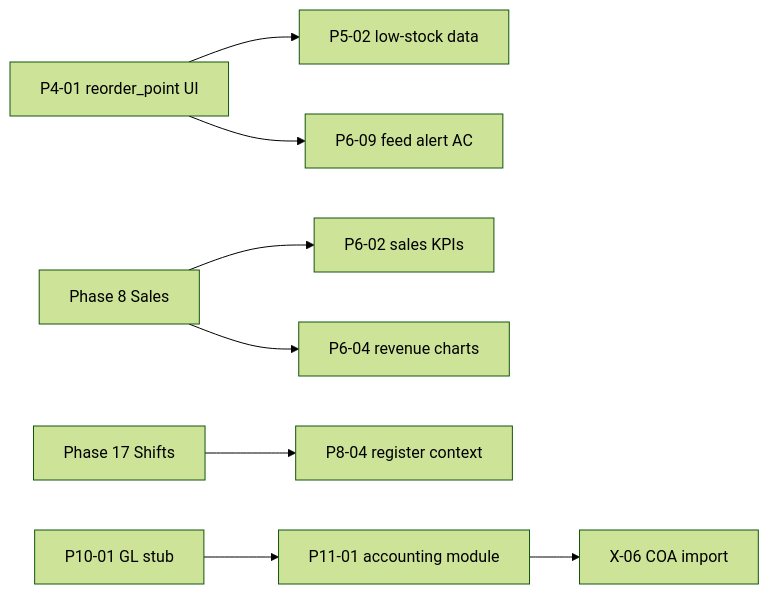
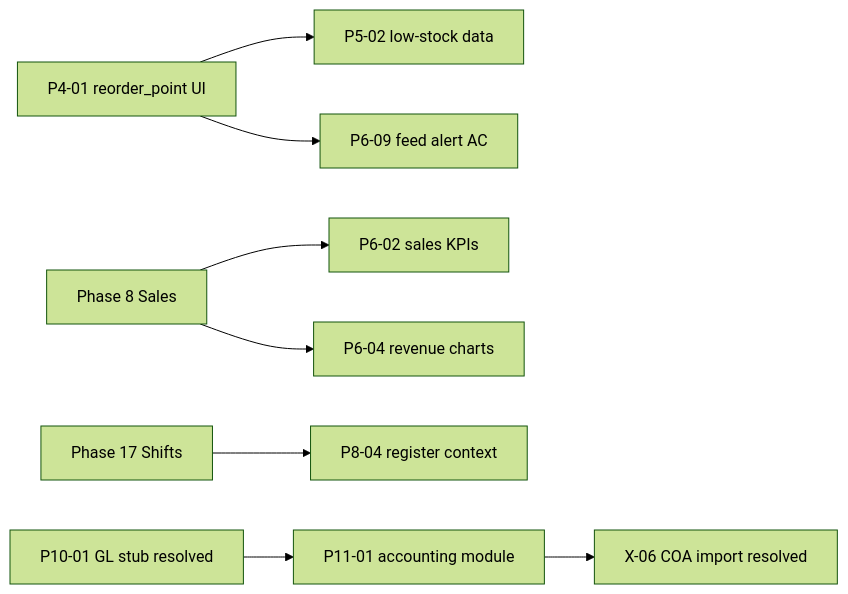
Before and after one commit to Mohammad-Arslan/retailpulse: the diagram in docs/gaps/gaps.md, drawn with Mermaid (forest theme). The commit also changed other lines of this file and 39 other files, not shown here.

````diff
--- a/docs/gaps/gaps.md
+++ b/docs/gaps/gaps.md
@@ -290,10 +298,10 @@
 ```mermaid
 flowchart LR
   P4_01[P4-01 reorder_point UI] --> P5_02[P5-02 low-stock data]
   P4_01 --> P6_09[P6-09 feed alert AC]
   P8[Phase 8 Sales] --> P6_02[P6-02 sales KPIs]
   P8 --> P6_04[P6-04 revenue charts]
   P17[Phase 17 Shifts] --> P8_04[P8-04 register context]
-  P10_01[P10-01 GL stub] --> P11_01[P11-01 accounting module]
-  P11_01 --> X06[X-06 COA import]
+  P10_01[P10-01 GL stub resolved] --> P11_01[P11-01 accounting module]
+  P11_01 --> X06[X-06 COA import resolved]
 ```
````
